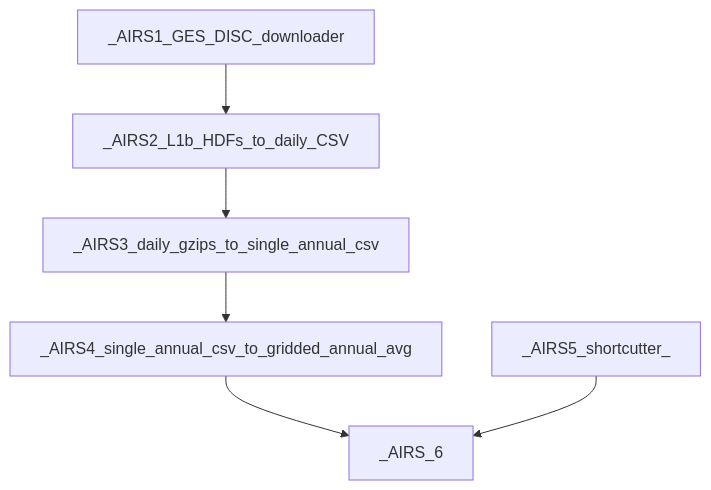
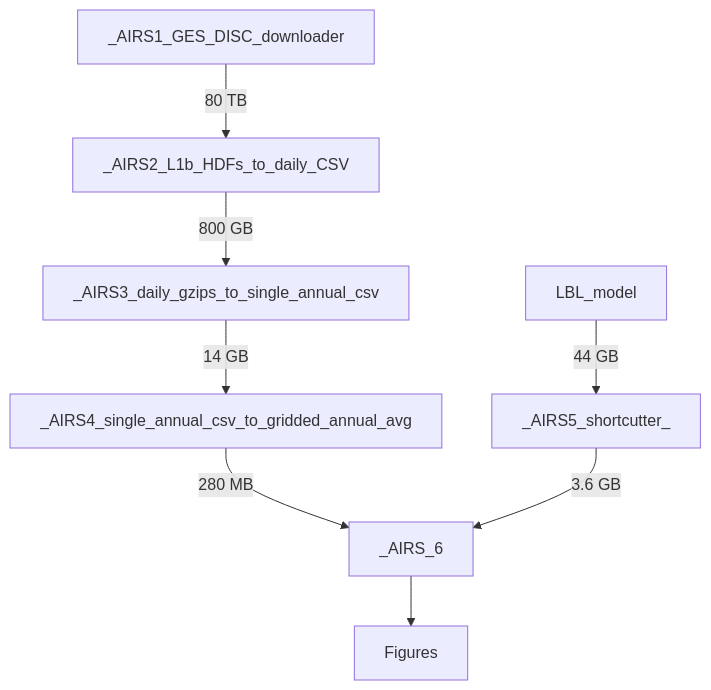
Before and after one commit to rentcp/NS9188K: the diagram in README.md, drawn with Mermaid.

Commit message:
Add data volume to figure

````diff
--- a/README.md
+++ b/README.md
@@ -16,8 +16,11 @@
 ```mermaid
 graph TD;
-    _AIRS1_GES_DISC_downloader-->_AIRS2_L1b_HDFs_to_daily_CSV;
-    _AIRS2_L1b_HDFs_to_daily_CSV-->_AIRS3_daily_gzips_to_single_annual_csv;
-    _AIRS3_daily_gzips_to_single_annual_csv-->_AIRS4_single_annual_csv_to_gridded_annual_avg;
-    _AIRS4_single_annual_csv_to_gridded_annual_avg-->_AIRS_6;
-    _AIRS5_shortcutter_-->_AIRS_6;
+    LBL_model--44 GB-->_AIRS5_shortcutter_;
+    _AIRS1_GES_DISC_downloader--80 TB-->_AIRS2_L1b_HDFs_to_daily_CSV;
+    _AIRS2_L1b_HDFs_to_daily_CSV--800 GB-->_AIRS3_daily_gzips_to_single_annual_csv;
+    _AIRS3_daily_gzips_to_single_annual_csv--14 GB-->_AIRS4_single_annual_csv_to_gridded_annual_avg;
+    _AIRS4_single_annual_csv_to_gridded_annual_avg--280 MB-->_AIRS_6;
+    _AIRS5_shortcutter_--3.6 GB-->_AIRS_6;
+    _AIRS_6-->Figures
+
 ```
````
